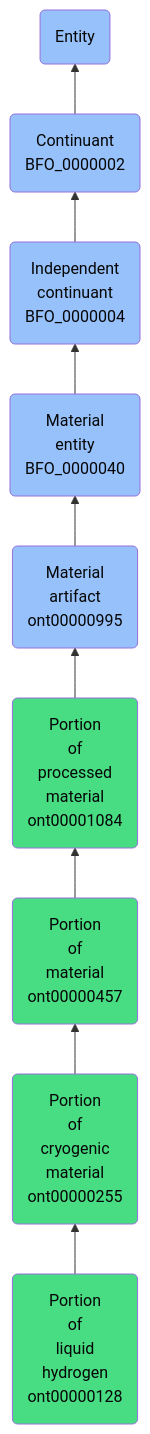
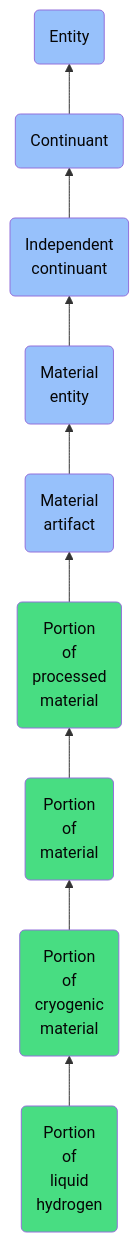
The diagram in docs/ontology/reference/model/Entity/Continuant/Independent continuant/Material entity/Material artifact/Portion of processed material/Portion of material/Portion of cryogenic material/Portion of liquid hydrogen/Portion of liquid hydrogen.md (jupyter-naas/abi), drawn with Mermaid before and after one commit. The commit also changed other lines of this file and 1430 other files, not shown here.

````diff
--- a/docs/ontology/reference/model/Entity/Continuant/Independent continuant/Material entity/Material artifact/Portion of processed material/Portion of material/Portion of cryogenic material/Portion of liquid hydrogen/Portion of liquid hydrogen.md
+++ b/docs/ontology/reference/model/Entity/Continuant/Independent continuant/Material entity/Material artifact/Portion of processed material/Portion of material/Portion of cryogenic material/Portion of liquid hydrogen/Portion of liquid hydrogen.md
@@ -24,16 +24,16 @@
 ```mermaid
 graph BT
-    ont00000128(Portion<br>of<br>liquid<br>hydrogen<br>ont00000128):::ABI-->ont00000255
-    ont00000255(Portion<br>of<br>cryogenic<br>material<br>ont00000255):::ABI-->ont00000457
-    ont00000457(Portion<br>of<br>material<br>ont00000457):::ABI-->ont00001084
-    ont00001084(Portion<br>of<br>processed<br>material<br>ont00001084):::ABI-->ont00000995
-    ont00000995(Material<br>artifact<br>ont00000995):::BFO-->BFO_0000040
-    BFO_0000040(Material<br>entity<br>BFO_0000040):::BFO-->BFO_0000004
-    BFO_0000004(Independent<br>continuant<br>BFO_0000004):::BFO-->BFO_0000002
-    BFO_0000002(Continuant<br>BFO_0000002):::BFO-->BFO_0000001
+    ont00000128(Portion<br>of<br>liquid<br>hydrogen):::ABI-->ont00000255
+    ont00000255(Portion<br>of<br>cryogenic<br>material):::ABI-->ont00000457
+    ont00000457(Portion<br>of<br>material):::ABI-->ont00001084
+    ont00001084(Portion<br>of<br>processed<br>material):::ABI-->ont00000995
+    ont00000995(Material<br>artifact):::BFO-->BFO_0000040
+    BFO_0000040(Material<br>entity):::BFO-->BFO_0000004
+    BFO_0000004(Independent<br>continuant):::BFO-->BFO_0000002
+    BFO_0000002(Continuant):::BFO-->BFO_0000001
     BFO_0000001(Entity):::BFO
     
     classDef BFO fill:#97c1fb,color:#060606
     classDef CCO fill:#e4c51e,color:#060606
     classDef ABI fill:#48DD82,color:#060606
 ```
````
